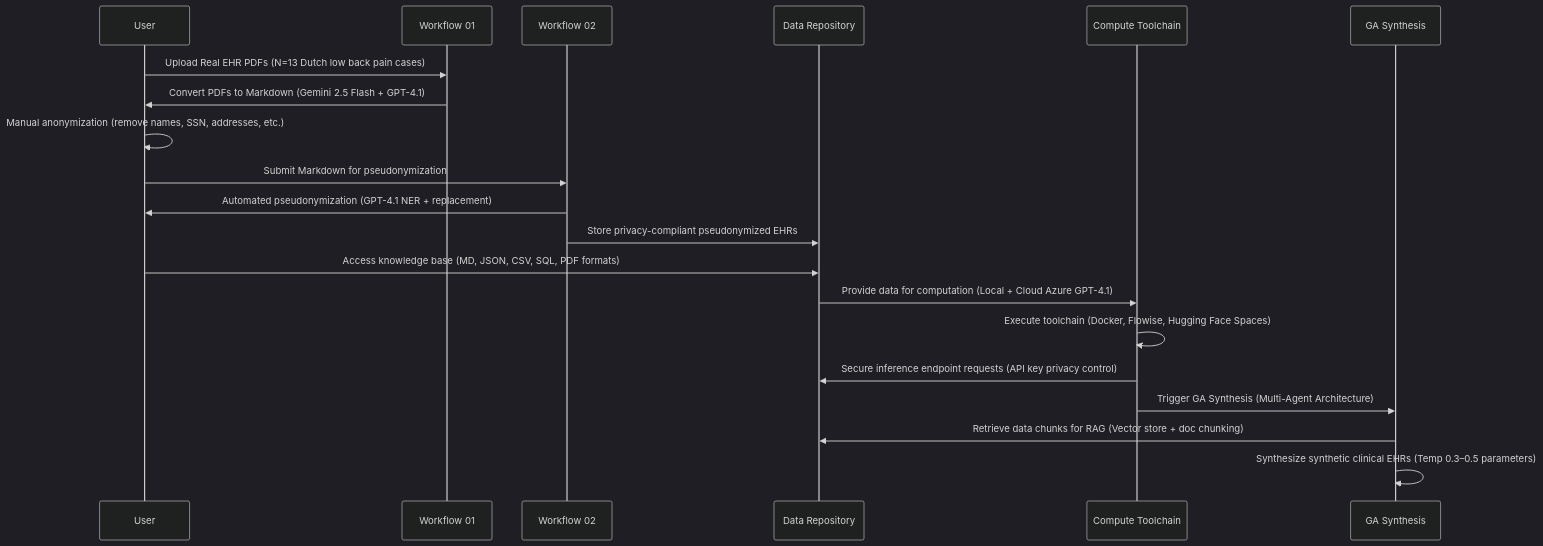
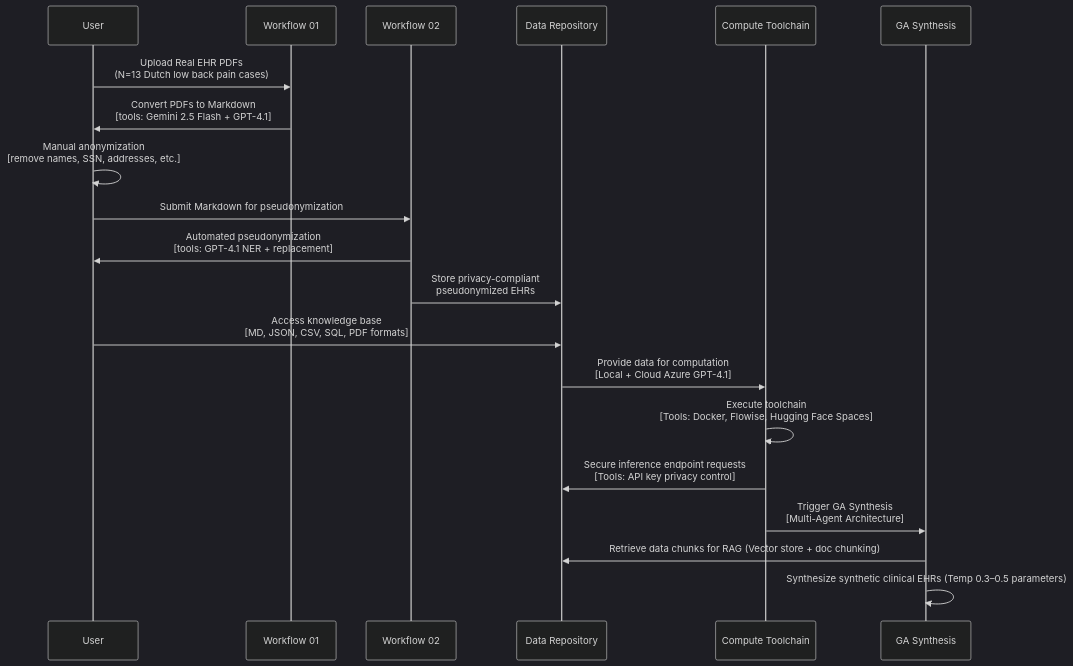
The first of 8 diagrams in PROJECTS/Generative_Agent_based_Data-Synthesis/Readme.md (HR-DataLab-Healthcare/RESEARCH_SUPPORT), drawn with Mermaid (dark theme) before and after one commit. The commit also changed other lines of this file, not shown here.

````diff
--- a/PROJECTS/Generative_Agent_based_Data-Synthesis/Readme.md
+++ b/PROJECTS/Generative_Agent_based_Data-Synthesis/Readme.md
@@ -28,26 +28,26 @@
 ```mermaid
 
 sequenceDiagram
     participant User
     participant FLOW01 as Workflow 01
     participant FLOW02 as Workflow 02
     participant Repo as Data Repository
     participant Compute as Compute Toolchain
     participant GA as GA Synthesis
 
-    User->>FLOW01: Upload Real EHR PDFs (N=13 Dutch low back pain cases)
-    FLOW01->>User: Convert PDFs to Markdown (Gemini 2.5 Flash + GPT-4.1)
-    User->>User: Manual anonymization (remove names, SSN, addresses, etc.)
+    User->>FLOW01: Upload Real EHR PDFs <br> (N=13 Dutch low back pain cases)
+    FLOW01->>User: Convert PDFs to Markdown <br> [tools: Gemini 2.5 Flash + GPT-4.1]
+    User->>User: Manual anonymization <br>  [remove names, SSN, addresses, etc.]
     User->>FLOW02: Submit Markdown for pseudonymization
-    FLOW02->>User: Automated pseudonymization (GPT-4.1 NER + replacement)
-    FLOW02->>Repo: Store privacy-compliant pseudonymized EHRs
+    FLOW02->>User: Automated pseudonymization <br>  [tools: GPT-4.1 NER + replacement]
+    FLOW02->>Repo: Store privacy-compliant <br> pseudonymized EHRs
 
-    User->>Repo: Access knowledge base (MD, JSON, CSV, SQL, PDF formats)
-    Repo->>Compute: Provide data for computation (Local + Cloud Azure GPT-4.1)
-    Compute->>Compute: Execute toolchain (Docker, Flowise, Hugging Face Spaces)
-    Compute->>Repo: Secure inference endpoint requests (API key privacy control)
+    User->>Repo: Access knowledge base <br> [MD, JSON, CSV, SQL, PDF formats]
+    Repo->>Compute: Provide data for computation <br> [Local + Cloud Azure GPT-4.1]
+    Compute->>Compute: Execute toolchain <br> [Tools: Docker, Flowise, Hugging Face Spaces]
+    Compute->>Repo: Secure inference endpoint requests <br>  [Tools: API key privacy control]
 
-    Compute->>GA: Trigger GA Synthesis (Multi-Agent Architecture)
+    Compute->>GA: Trigger GA Synthesis <br>  [Multi-Agent Architecture]
     GA->>Repo: Retrieve data chunks for RAG (Vector store + doc chunking)
     GA->>GA: Synthesize synthetic clinical EHRs (Temp 0.3–0.5 parameters)
 ```
````
